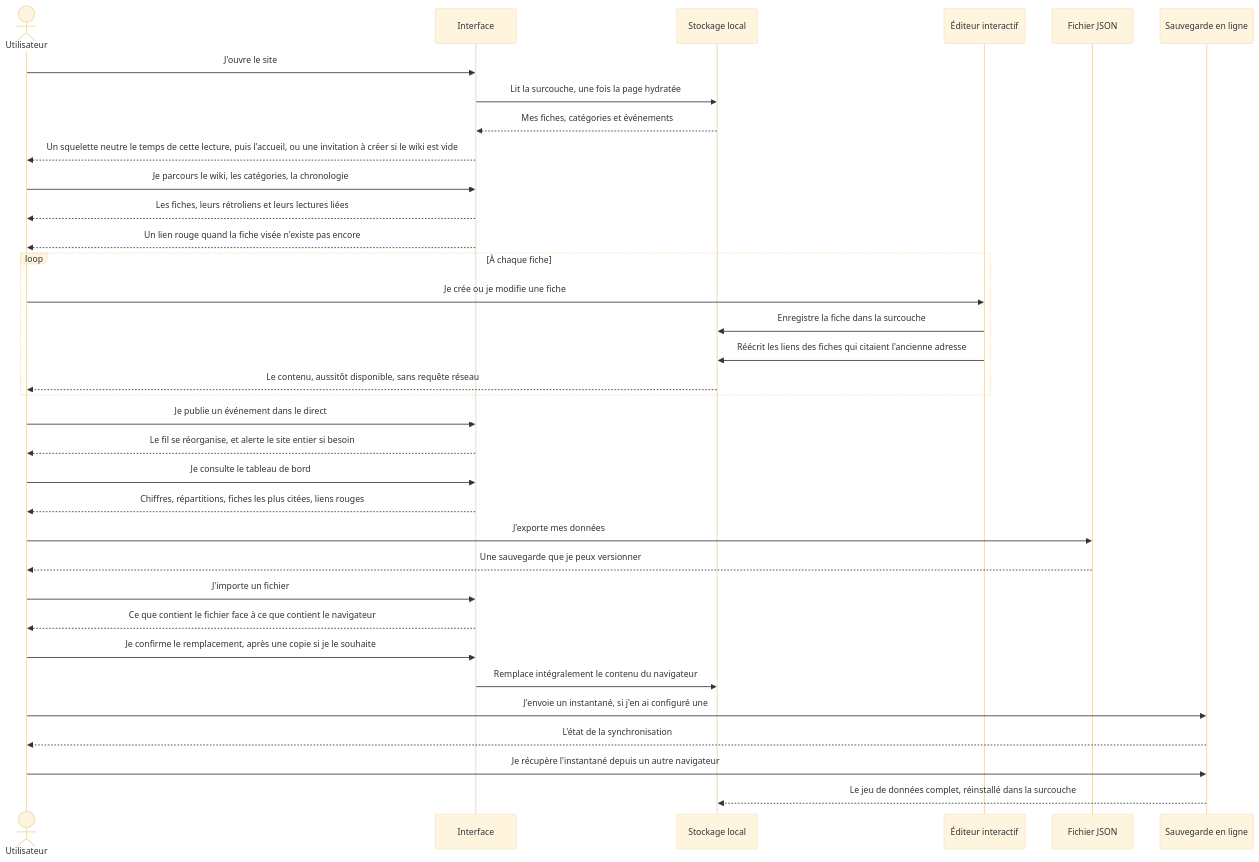
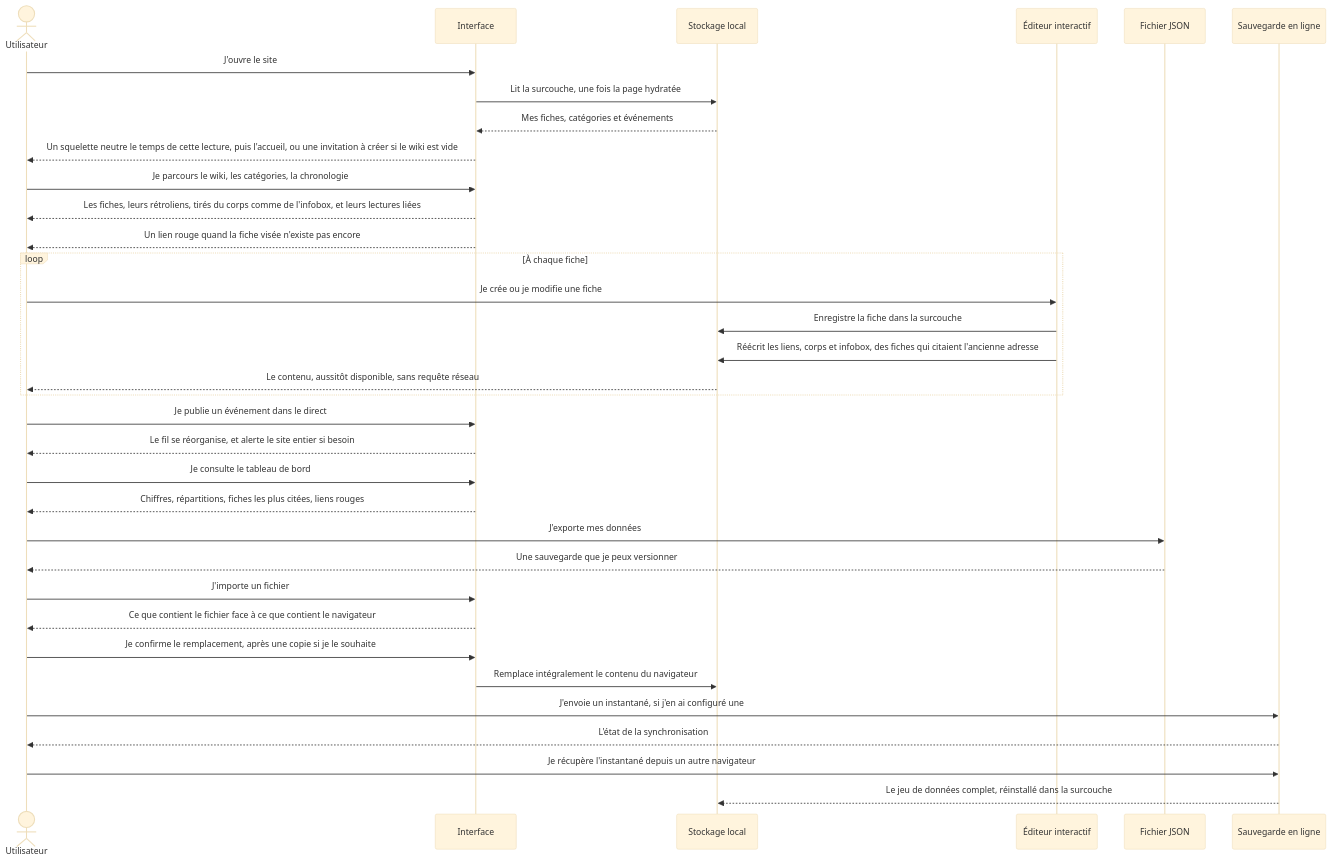
Before and after one commit to FlorianLeChat/Pericles-Initiative: the first of 2 diagrams in README.md, drawn with Mermaid (base theme). The commit also changed other lines of this file and 88 other files, not shown here.

````diff
--- a/README.md
+++ b/README.md
@@ -37,43 +37,43 @@
 ```mermaid
 sequenceDiagram
     actor Utilisateur
     participant Interface
     participant Stockage local
     participant Éditeur interactif
     participant Fichier JSON
     participant Sauvegarde en ligne
 
     Utilisateur->>Interface: J'ouvre le site
     Interface->>Stockage local: Lit la surcouche, une fois la page hydratée
     Stockage local-->>Interface: Mes fiches, catégories et événements
     Interface-->>Utilisateur: Un squelette neutre le temps de cette lecture, puis l'accueil, ou une invitation à créer si le wiki est vide
 
     Utilisateur->>Interface: Je parcours le wiki, les catégories, la chronologie
-    Interface-->>Utilisateur: Les fiches, leurs rétroliens et leurs lectures liées
+    Interface-->>Utilisateur: Les fiches, leurs rétroliens, tirés du corps comme de l'infobox, et leurs lectures liées
     Interface-->>Utilisateur: Un lien rouge quand la fiche visée n'existe pas encore
 
     loop À chaque fiche
         Utilisateur->>Éditeur interactif: Je crée ou je modifie une fiche
         Éditeur interactif->>Stockage local: Enregistre la fiche dans la surcouche
-        Éditeur interactif->>Stockage local: Réécrit les liens des fiches qui citaient l'ancienne adresse
+        Éditeur interactif->>Stockage local: Réécrit les liens, corps et infobox, des fiches qui citaient l'ancienne adresse
         Stockage local-->>Utilisateur: Le contenu, aussitôt disponible, sans requête réseau
     end
 
     Utilisateur->>Interface: Je publie un événement dans le direct
     Interface-->>Utilisateur: Le fil se réorganise, et alerte le site entier si besoin
 
     Utilisateur->>Interface: Je consulte le tableau de bord
     Interface-->>Utilisateur: Chiffres, répartitions, fiches les plus citées, liens rouges
 
     Utilisateur->>Fichier JSON: J'exporte mes données
     Fichier JSON-->>Utilisateur: Une sauvegarde que je peux versionner
     Utilisateur->>Interface: J'importe un fichier
     Interface-->>Utilisateur: Ce que contient le fichier face à ce que contient le navigateur
     Utilisateur->>Interface: Je confirme le remplacement, après une copie si je le souhaite
     Interface->>Stockage local: Remplace intégralement le contenu du navigateur
 
     Utilisateur->>Sauvegarde en ligne: J'envoie un instantané, si j'en ai configuré une
     Sauvegarde en ligne-->>Utilisateur: L'état de la synchronisation
     Utilisateur->>Sauvegarde en ligne: Je récupère l'instantané depuis un autre navigateur
     Sauvegarde en ligne-->>Stockage local: Le jeu de données complet, réinstallé dans la surcouche
 ```
````
